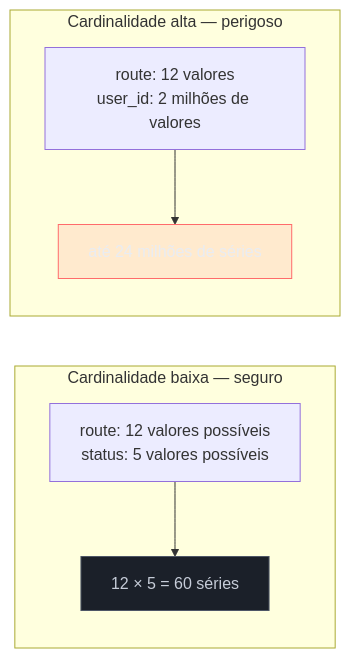
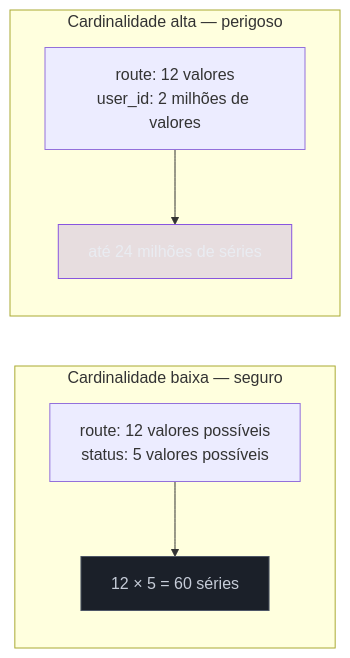
The third of 3 diagrams in 03-Dominios/Tecnologia/Go/16 - Observabilidade/05 - Métricas com Prometheus.md (josenaldo/codex-technomanticus), drawn with Mermaid before and after one commit. The commit also changed 601 other files, not shown here.

````diff
--- a/03-Dominios/Tecnologia/Go/16 - Observabilidade/05 - Métricas com Prometheus.md
+++ b/03-Dominios/Tecnologia/Go/16 - Observabilidade/05 - Métricas com Prometheus.md
@@ -312,16 +312,16 @@
 ```mermaid
 flowchart LR
+    classDef marca fill:#8855DF33,stroke:#8855DF,color:#E9ECF2
     classDef neutro fill:#1B2029,stroke:#4E5666,color:#C6CCD8
-    classDef falha fill:#FF6B6B24,stroke:#FF6B6B,color:#E9ECF2
     subgraph Baixa["Cardinalidade baixa — seguro"]
         direction TB
         M1["route: 12 valores possíveis\nstatus: 5 valores possíveis"] --> S1["12 × 5 = 60 séries"]
     end
     subgraph Alta["Cardinalidade alta — perigoso"]
         direction TB
         M2["route: 12 valores\nuser_id: 2 milhões de valores"] --> S2["até 24 milhões de séries"]
     end
 
     class S1 neutro
-    class S2 falha
+    class S2 marca
 ```
````
